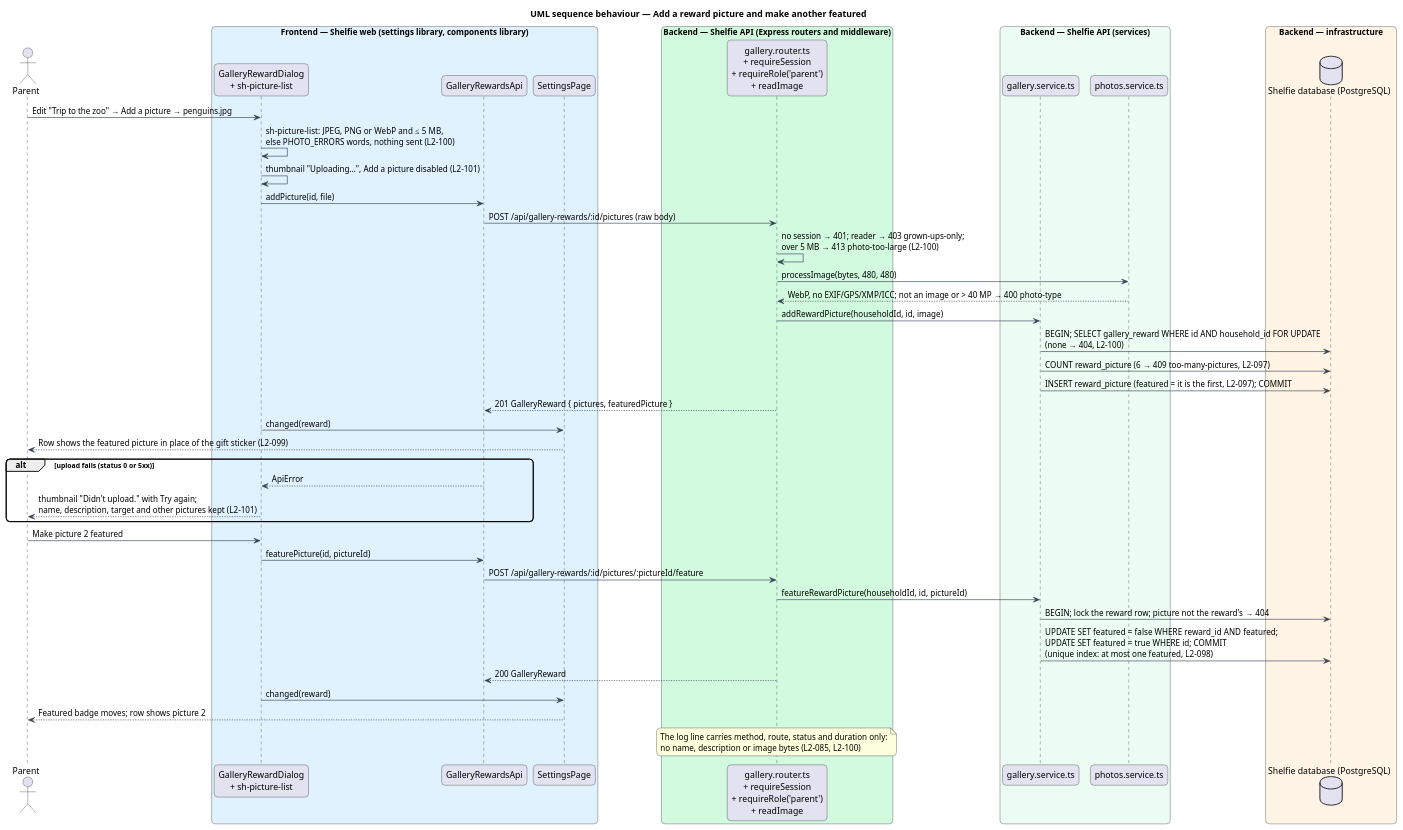
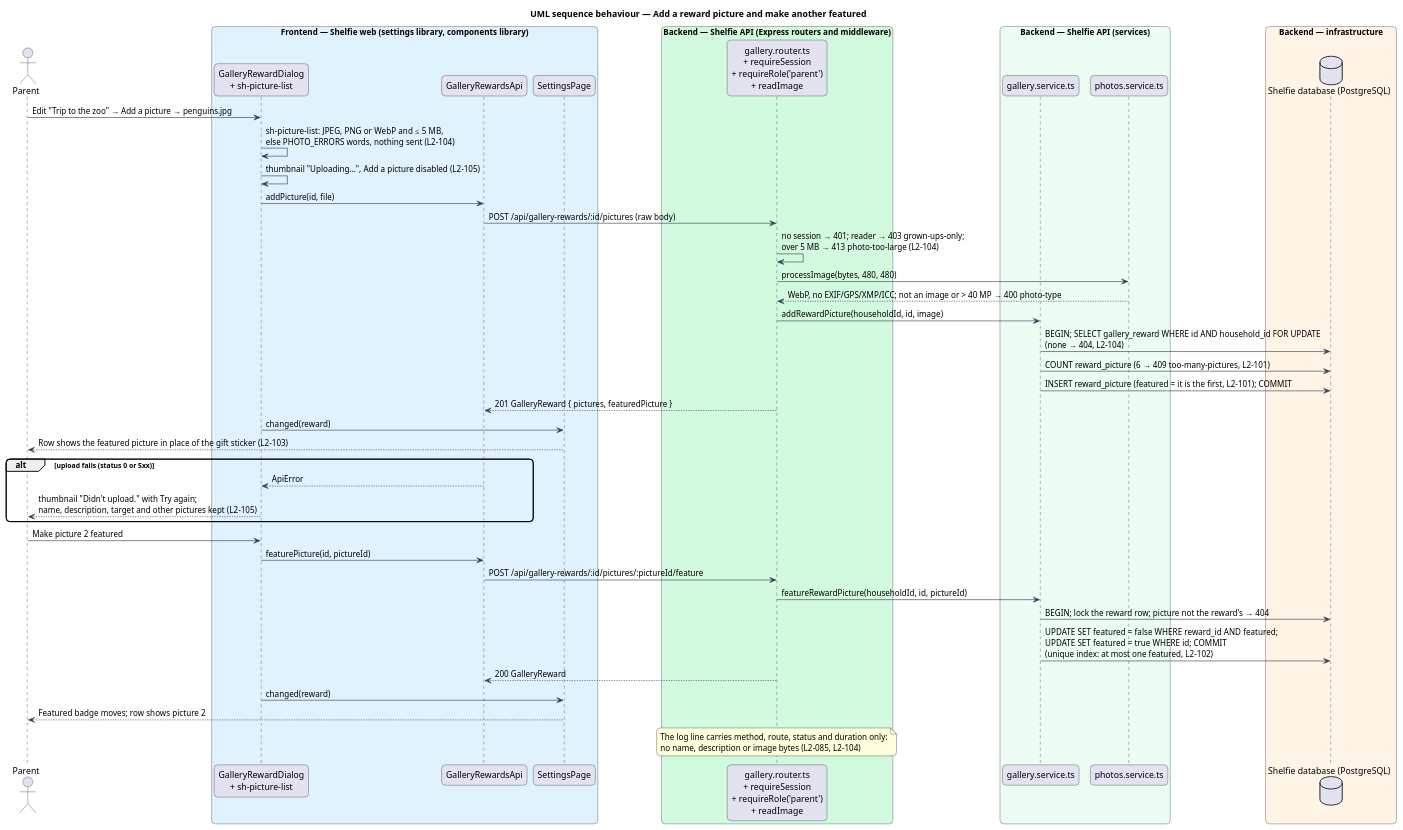
Before and after one commit to QuinntyneBrown/shelfie: the diagram in docs/detailed-designs/review/reward-gallery/diagrams/sequence-reward-pictures.puml, drawn with PlantUML. The commit also changed 51 other files, not shown here.

First line of the commit message:
Renumber reward descriptions and pictures to L2-100 to L2-105 and ADR-0012, after main took L2-096 to L2-099 and ADR-0011 for badges

```diff
--- a/docs/detailed-designs/review/reward-gallery/diagrams/sequence-reward-pictures.puml
+++ b/docs/detailed-designs/review/reward-gallery/diagrams/sequence-reward-pictures.puml
@@ -1,54 +1,54 @@
 @startuml
 title UML sequence behaviour — Add a reward picture and make another featured
 skinparam backgroundColor #FFFFFF
 skinparam shadowing false
 skinparam roundcorner 12
 skinparam defaultFontName Arial
 skinparam ArrowColor #344054
 actor "Parent" as parent
 box "Frontend — Shelfie web (settings library, components library)" #E0F2FE
   participant "GalleryRewardDialog\n+ sh-picture-list" as dialog
   participant "GalleryRewardsApi" as client
   participant "SettingsPage" as page
 end box
 box "Backend — Shelfie API (Express routers and middleware)" #D1FADF
   participant "gallery.router.ts\n+ requireSession\n+ requireRole('parent')\n+ readImage" as router
 end box
 box "Backend — Shelfie API (services)" #ECFDF3
   participant "gallery.service.ts" as service
   participant "photos.service.ts" as photos
 end box
 box "Backend — infrastructure" #FFF4E5
   database "Shelfie database (PostgreSQL)" as db
 end box
 
 parent -> dialog : Edit "Trip to the zoo" → Add a picture → penguins.jpg
-dialog -> dialog : sh-picture-list: JPEG, PNG or WebP and ≤ 5 MB,\nelse PHOTO_ERRORS words, nothing sent (L2-100)
-dialog -> dialog : thumbnail "Uploading…", Add a picture disabled (L2-101)
+dialog -> dialog : sh-picture-list: JPEG, PNG or WebP and ≤ 5 MB,\nelse PHOTO_ERRORS words, nothing sent (L2-104)
+dialog -> dialog : thumbnail "Uploading…", Add a picture disabled (L2-105)
 dialog -> client : addPicture(id, file)
 client -> router : POST /api/gallery-rewards/:id/pictures (raw body)
-router -> router : no session → 401; reader → 403 grown-ups-only;\nover 5 MB → 413 photo-too-large (L2-100)
+router -> router : no session → 401; reader → 403 grown-ups-only;\nover 5 MB → 413 photo-too-large (L2-104)
 router -> photos : processImage(bytes, 480, 480)
 photos --> router : WebP, no EXIF/GPS/XMP/ICC; not an image or > 40 MP → 400 photo-type
 router -> service : addRewardPicture(householdId, id, image)
-service -> db : BEGIN; SELECT gallery_reward WHERE id AND household_id FOR UPDATE\n(none → 404, L2-100)
-service -> db : COUNT reward_picture (6 → 409 too-many-pictures, L2-097)
-service -> db : INSERT reward_picture (featured = it is the first, L2-097); COMMIT
+service -> db : BEGIN; SELECT gallery_reward WHERE id AND household_id FOR UPDATE\n(none → 404, L2-104)
+service -> db : COUNT reward_picture (6 → 409 too-many-pictures, L2-101)
+service -> db : INSERT reward_picture (featured = it is the first, L2-101); COMMIT
 router --> client : 201 GalleryReward { pictures, featuredPicture }
 dialog -> page : changed(reward)
-page --> parent : Row shows the featured picture in place of the gift sticker (L2-099)
+page --> parent : Row shows the featured picture in place of the gift sticker (L2-103)
 alt upload fails (status 0 or 5xx)
   client --> dialog : ApiError
-  dialog --> parent : thumbnail "Didn't upload." with Try again;\nname, description, target and other pictures kept (L2-101)
+  dialog --> parent : thumbnail "Didn't upload." with Try again;\nname, description, target and other pictures kept (L2-105)
 end
 parent -> dialog : Make picture 2 featured
 dialog -> client : featurePicture(id, pictureId)
 client -> router : POST /api/gallery-rewards/:id/pictures/:pictureId/feature
 router -> service : featureRewardPicture(householdId, id, pictureId)
 service -> db : BEGIN; lock the reward row; picture not the reward's → 404
-service -> db : UPDATE SET featured = false WHERE reward_id AND featured;\nUPDATE SET featured = true WHERE id; COMMIT\n(unique index: at most one featured, L2-098)
+service -> db : UPDATE SET featured = false WHERE reward_id AND featured;\nUPDATE SET featured = true WHERE id; COMMIT\n(unique index: at most one featured, L2-102)
 router --> client : 200 GalleryReward
 dialog -> page : changed(reward)
 page --> parent : Featured badge moves; row shows picture 2
-note over router : The log line carries method, route, status and duration only:\nno name, description or image bytes (L2-085, L2-100)
+note over router : The log line carries method, route, status and duration only:\nno name, description or image bytes (L2-085, L2-104)
 @enduml
```
